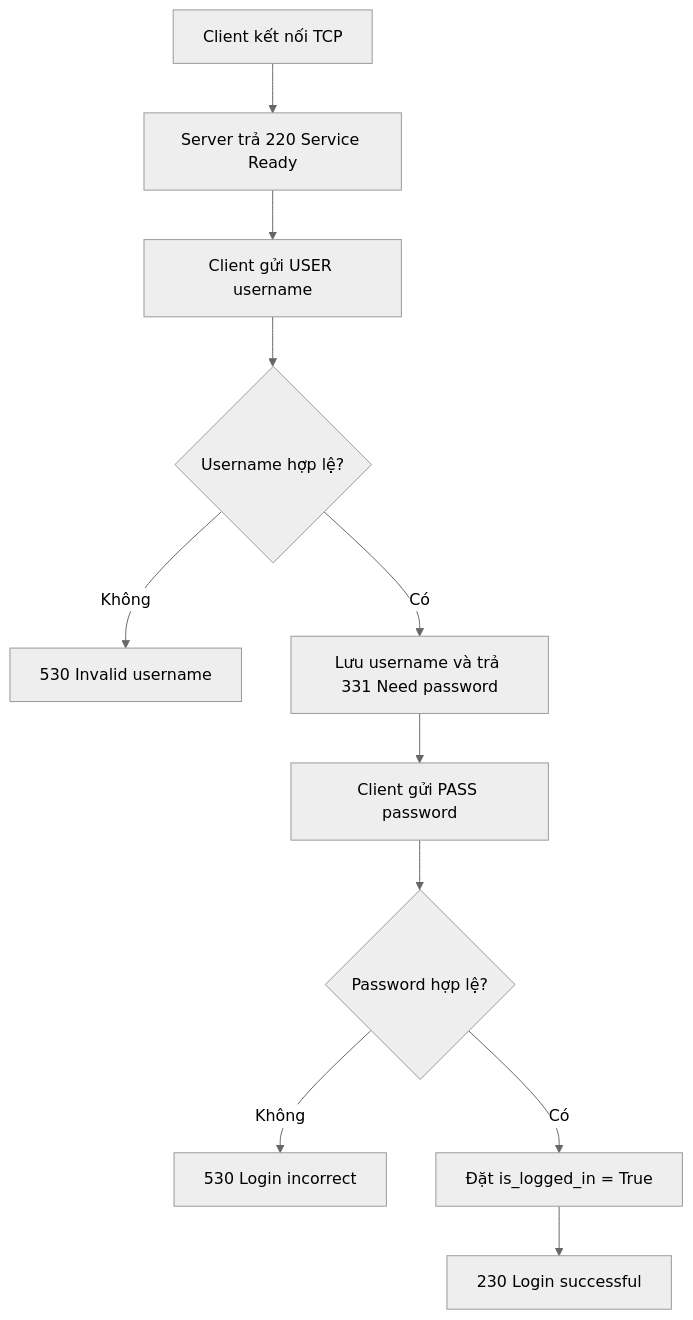
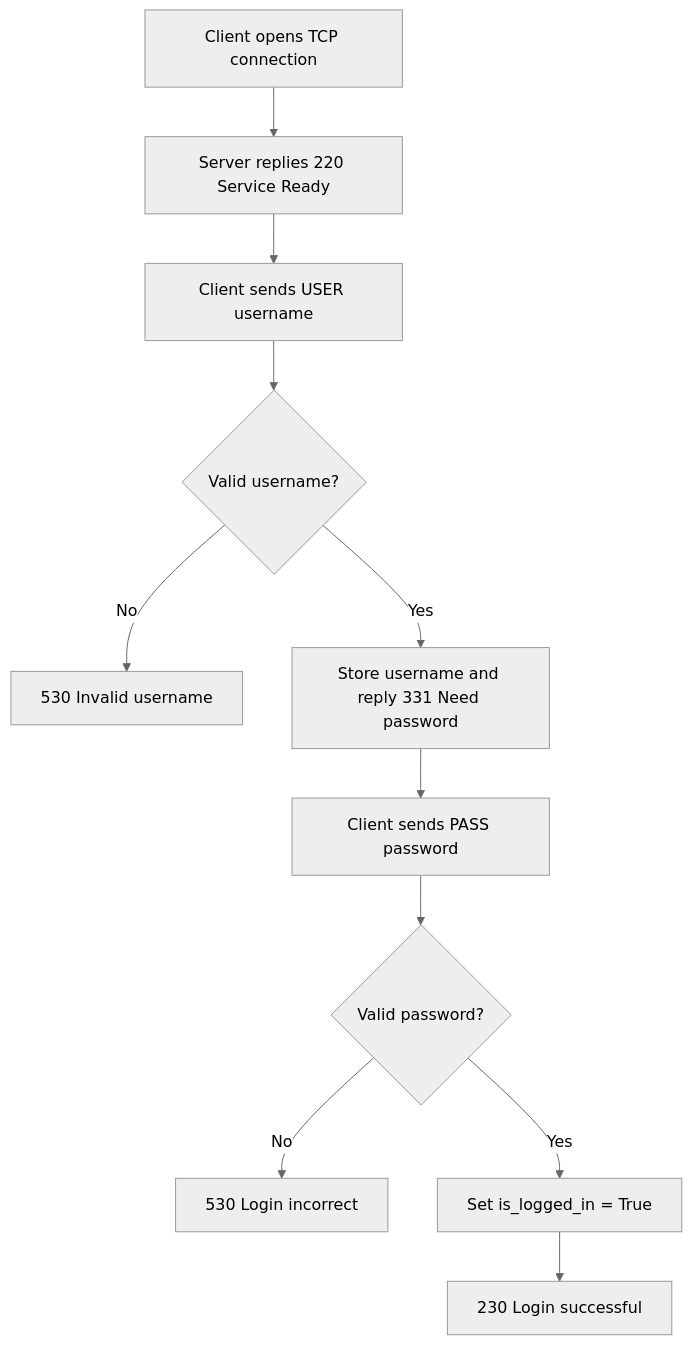
Before and after one commit to DrakyNeUwU/Hybrid-FTP-Socket: the first of 5 diagrams in docs/report.md, drawn with Mermaid (neutral theme). The commit also changed other lines of this file and 9 other files, not shown here.

````diff
--- a/docs/report.md
+++ b/docs/report.md
@@ -62,13 +81,13 @@
 ```mermaid
 flowchart TD
-    Connect["Client kết nối TCP"] --> Banner["Server trả 220 Service Ready"]
-    Banner --> User["Client gửi USER username"]
-    User --> ValidUser{"Username hợp lệ?"}
-    ValidUser -- "Không" --> UserFail["530 Invalid username"]
-    ValidUser -- "Có" --> NeedPass["Lưu username và trả 331 Need password"]
-    NeedPass --> Pass["Client gửi PASS password"]
-    Pass --> ValidPass{"Password hợp lệ?"}
-    ValidPass -- "Không" --> PassFail["530 Login incorrect"]
-    ValidPass -- "Có" --> LoggedIn["Đặt is_logged_in = True"]
+    Connect["Client opens TCP connection"] --> Banner["Server replies 220 Service Ready"]
+    Banner --> User["Client sends USER username"]
+    User --> ValidUser{"Valid username?"}
+    ValidUser -- "No" --> UserFail["530 Invalid username"]
+    ValidUser -- "Yes" --> NeedPass["Store username and reply 331 Need password"]
+    NeedPass --> Pass["Client sends PASS password"]
+    Pass --> ValidPass{"Valid password?"}
+    ValidPass -- "No" --> PassFail["530 Login incorrect"]
+    ValidPass -- "Yes" --> LoggedIn["Set is_logged_in = True"]
     LoggedIn --> Success["230 Login successful"]
 ```
````
